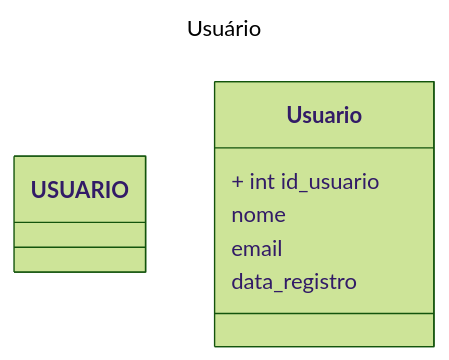
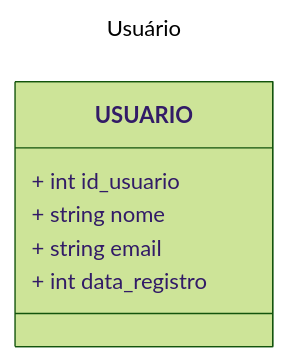
One commit to iagorosa28/sistema_de_streaming_de_musica_banco_de_dados changed the diagram in README.md. Above: the diagram before and after it, drawn with Mermaid (forest theme).

````diff
--- a/README.md
+++ b/README.md
@@ -26,12 +26,12 @@
 ```mermaid
 ---
 title: Usuário
 ---
 
 classDiagram
     class USUARIO
-    Usuario : + int id_usuario
-    Usuario : nome
-    Usuario : email
-    Usuario : data_registro
+    USUARIO : + int id_usuario
+    USUARIO : + string nome
+    USUARIO : + string email
+    USUARIO : + int data_registro
 ```
````
